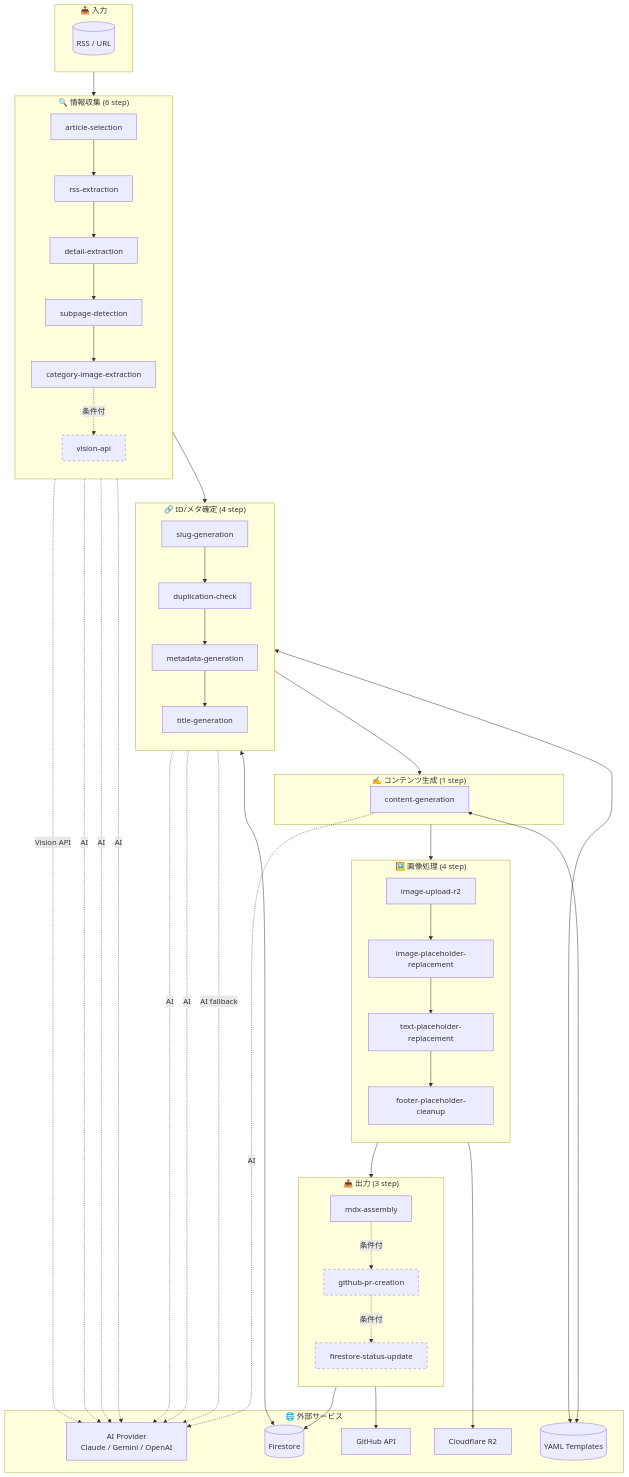
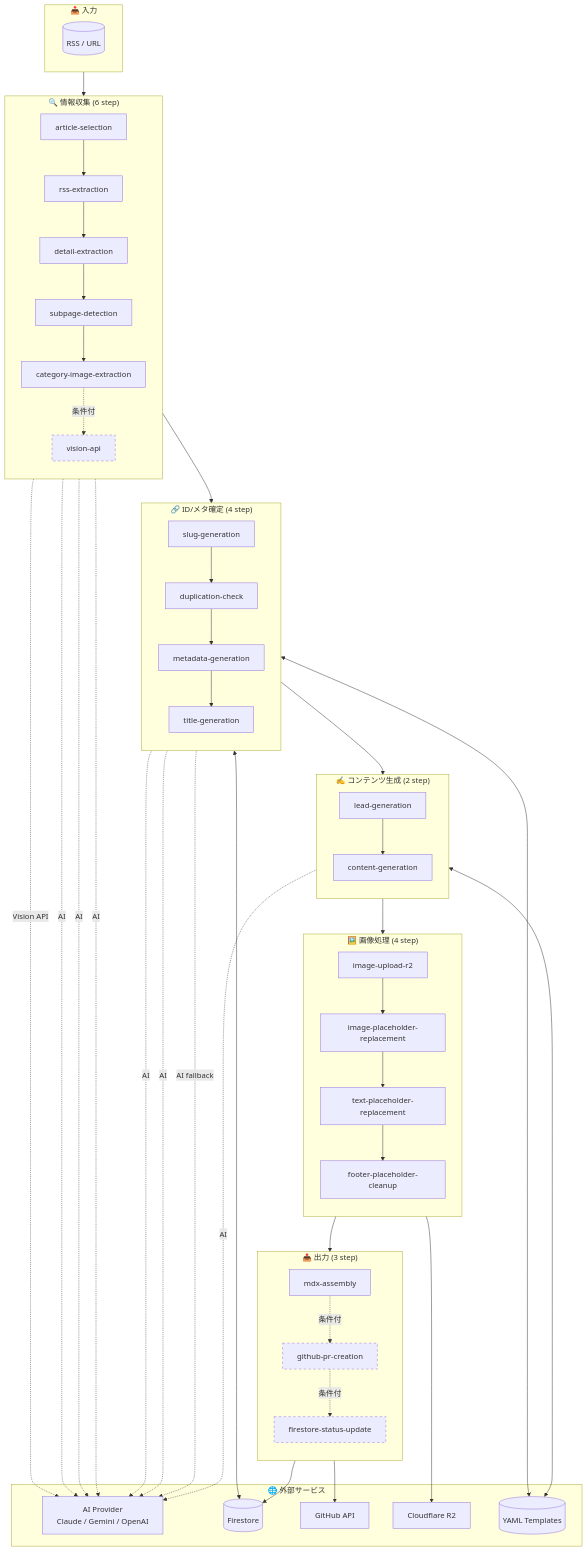
Before and after one commit to thanks2music/revolution: the first of 2 diagrams in docs/pipeline.md, drawn with Mermaid. The commit also changed other lines of this file and 21 other files, not shown here.

```diff
--- a/docs/pipeline.md
+++ b/docs/pipeline.md
@@ -70,8 +70,11 @@
         S07 --> S08 --> S09 --> S10
     end
 
-    subgraph Phase3["✍️ コンテンツ生成 (1 step)"]
+    subgraph Phase3["✍️ コンテンツ生成 (2 step)"]
+        direction TB
+        S10_5[lead-generation]
         S11[content-generation]
+        S10_5 --> S11
     end
 
     subgraph Phase4["🖼️ 画像処理 (4 step)"]
```
